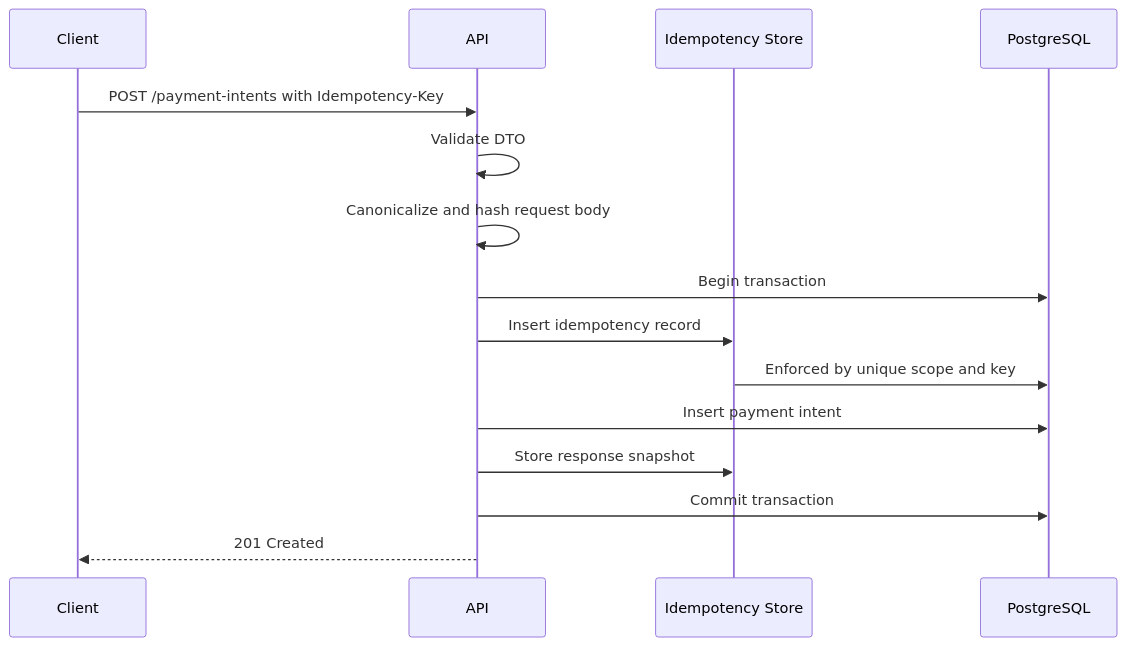
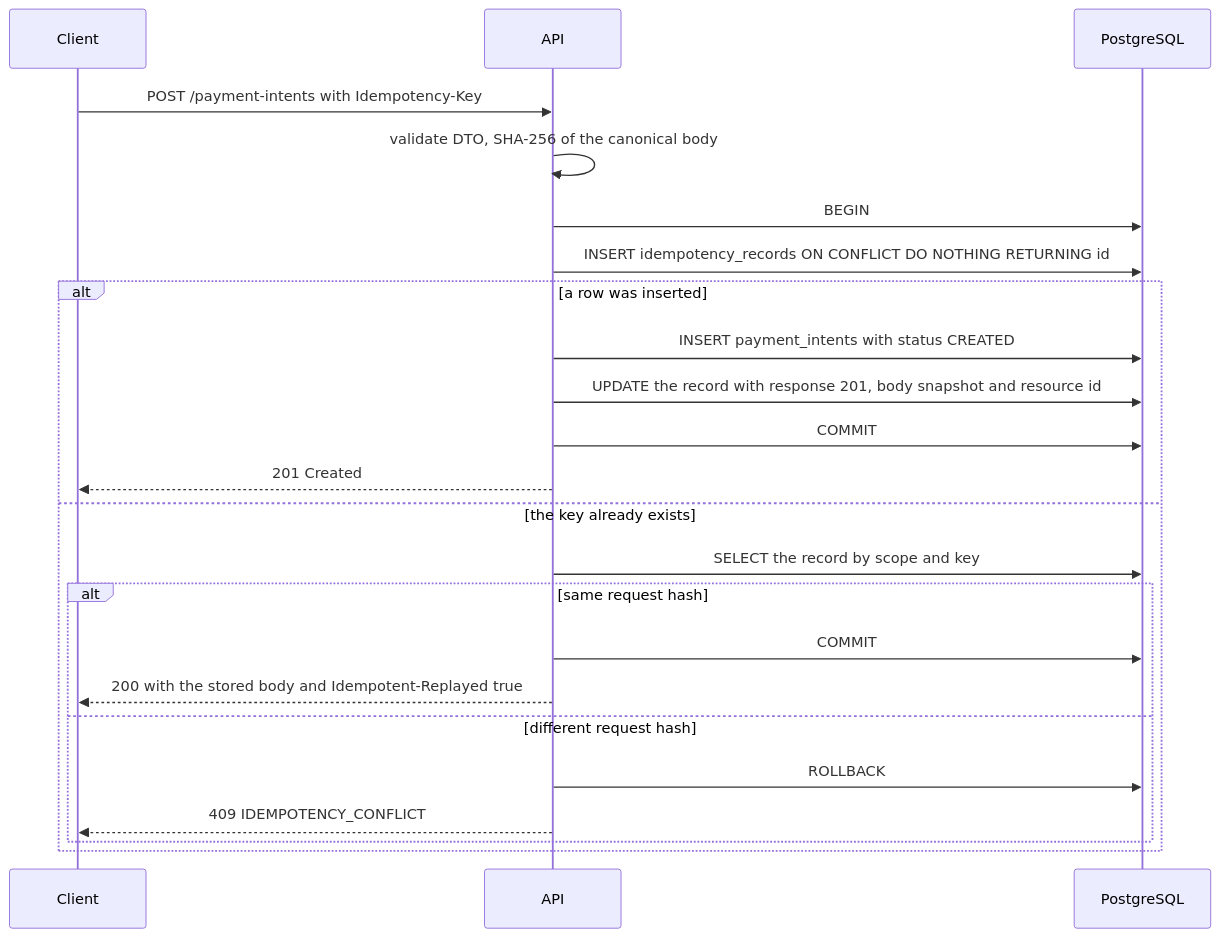
One commit to AsyncAssassin/transaction-event-gateway changed the second of 5 diagrams in docs/architecture.md. Above: the diagram before and after it, drawn with Mermaid. The commit also changed other lines of this file and 23 other files, not shown here.

````diff
--- a/docs/architecture.md
+++ b/docs/architecture.md
@@ -89,18 +45,25 @@
 ```mermaid
 sequenceDiagram
-    participant Client
-    participant API
-    participant Idempotency as Idempotency Store
+    participant C as Client
+    participant A as API
     participant DB as PostgreSQL
-
-    Client->>API: POST /payment-intents with Idempotency-Key
-    API->>API: Validate DTO
-    API->>API: Canonicalize and hash request body
-    API->>DB: Begin transaction
-    API->>Idempotency: Insert idempotency record
-    Idempotency->>DB: Enforced by unique scope and key
-    API->>DB: Insert payment intent
-    API->>Idempotency: Store response snapshot
-    API->>DB: Commit transaction
-    API-->>Client: 201 Created
+    C->>A: POST /payment-intents with Idempotency-Key
+    A->>A: validate DTO, SHA-256 of the canonical body
+    A->>DB: BEGIN
+    A->>DB: INSERT idempotency_records ON CONFLICT DO NOTHING RETURNING id
+    alt a row was inserted
+        A->>DB: INSERT payment_intents with status CREATED
+        A->>DB: UPDATE the record with response 201, body snapshot and resource id
+        A->>DB: COMMIT
+        A-->>C: 201 Created
+    else the key already exists
+        A->>DB: SELECT the record by scope and key
+        alt same request hash
+            A->>DB: COMMIT
+            A-->>C: 200 with the stored body and Idempotent-Replayed true
+        else different request hash
+            A->>DB: ROLLBACK
+            A-->>C: 409 IDEMPOTENCY_CONFLICT
+        end
+    end
 ```
````
